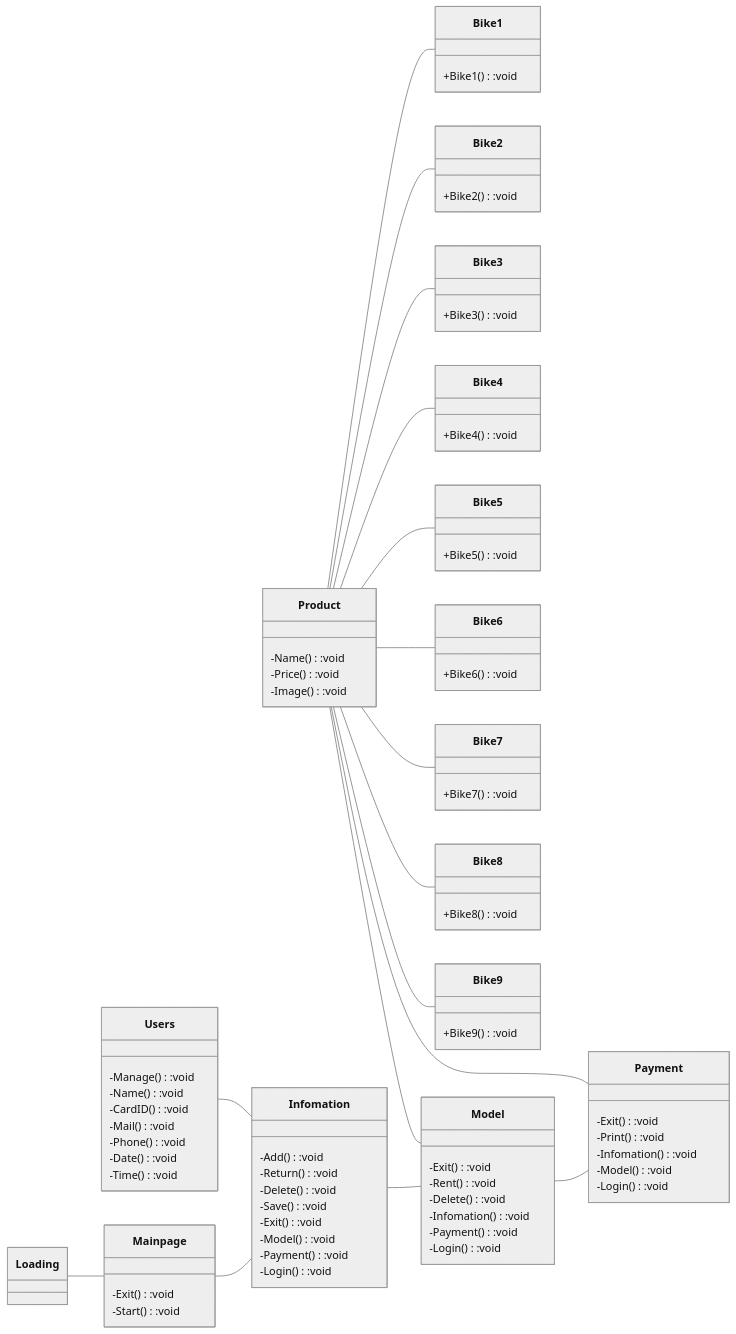
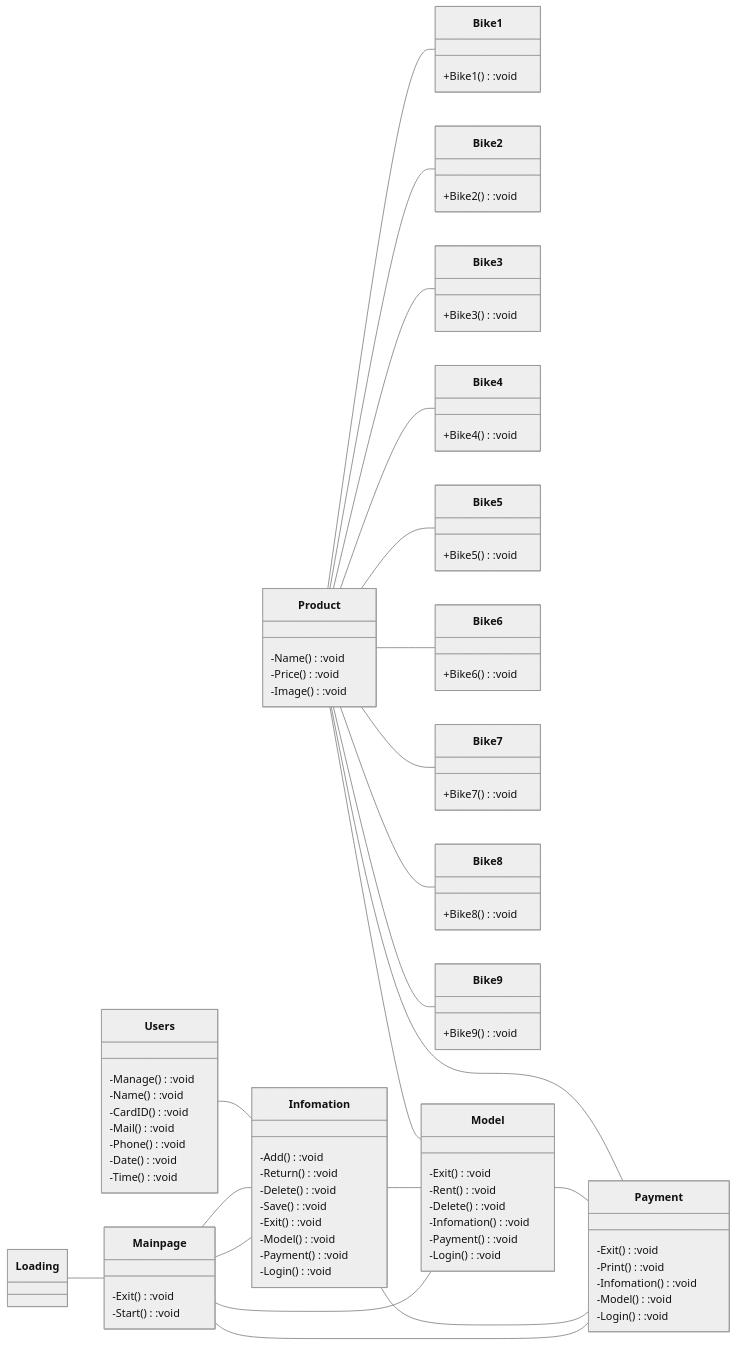
One commit to pathipat11/Final-Project-OOP changed the diagram in README.md. Above: the diagram before and after it, drawn with Mermaid (neutral theme).

```diff
--- a/README.md
+++ b/README.md
@@ -98,13 +98,18 @@
   -Model():void
   -Login():void
 }  
+  
+  Payment -- Infomation
   Product -- Payment
   Users -- Infomation
   Product -- Model
   Loading -- Mainpage
   Mainpage -- Infomation
   Infomation -- Model
+  Infomation --Mainpage
   Model -- Payment
+  Model -- Mainpage
+  Payment -- Mainpage
   Product -- Bike1
   Product -- Bike2
   Product -- Bike3
```
